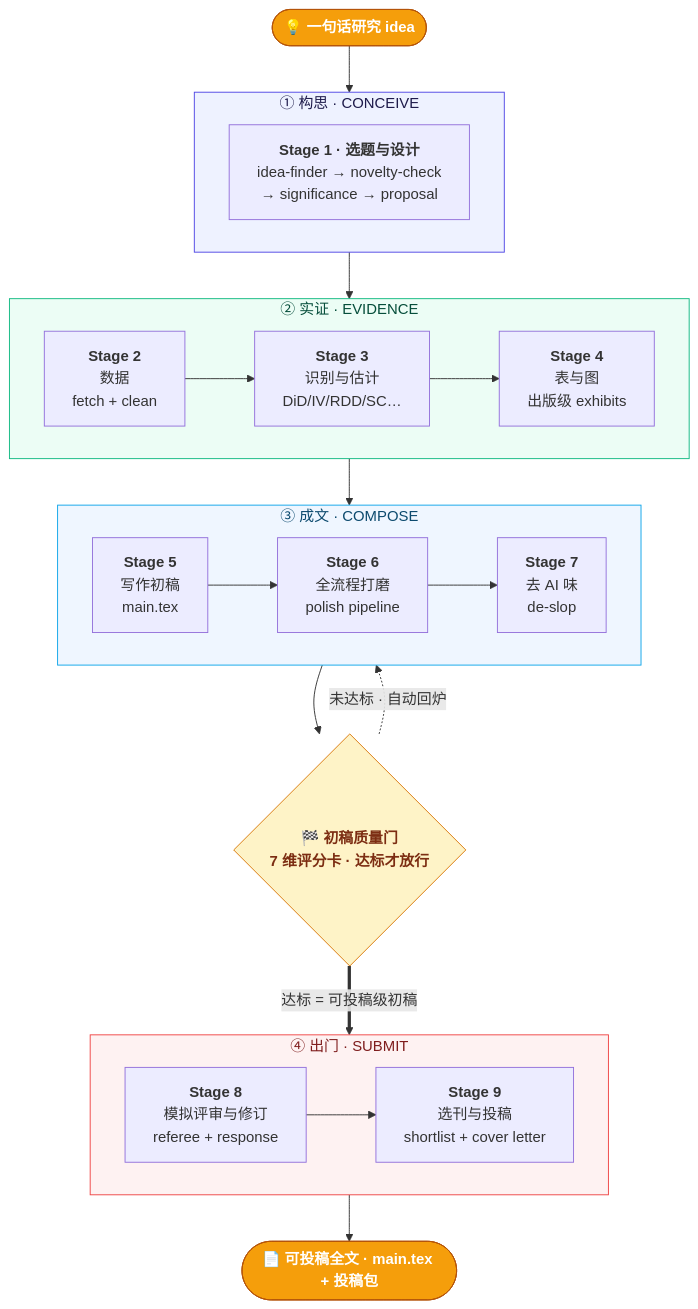
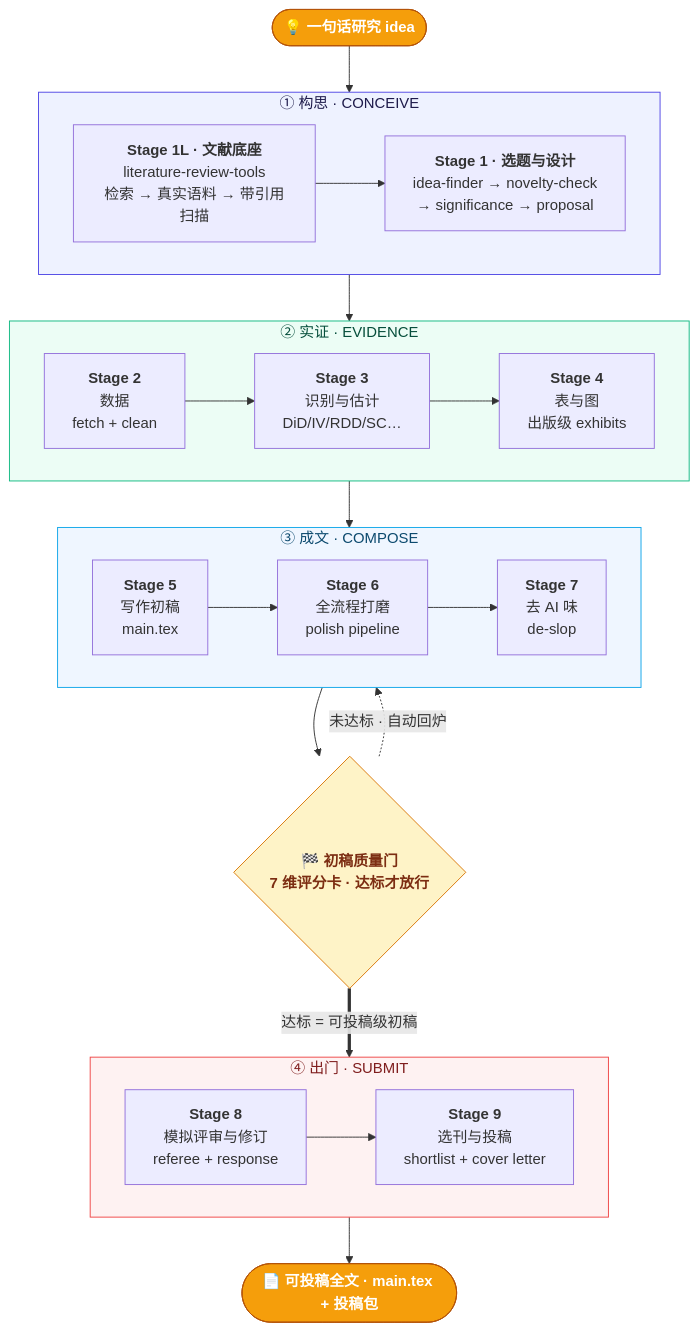
Before and after one commit to brycewang-stanford/Paper-WorkFlow: the diagram in README.md, drawn with Mermaid. The commit also changed other lines of this file and 9 other files, not shown here.

````diff
--- a/README.md
+++ b/README.md
@@ -33,39 +33,39 @@
 ```mermaid
 flowchart TD
     IDEA(["💡 一句话研究 idea"]):::io
     IDEA --> A
 
     subgraph A ["① 构思 · CONCEIVE"]
       direction LR
-      S1["<b>Stage 1 · 选题与设计</b><br/>idea-finder → novelty-check<br/>→ significance → proposal"]
+      S1L["<b>Stage 1L · 文献底座</b><br/>literature-review-tools<br/>检索 → 真实语料 → 带引用扫描"] --> S1["<b>Stage 1 · 选题与设计</b><br/>idea-finder → novelty-check<br/>→ significance → proposal"]
     end
 
     subgraph B ["② 实证 · EVIDENCE"]
       direction LR
       S2["<b>Stage 2</b><br/>数据<br/>fetch + clean"] --> S3["<b>Stage 3</b><br/>识别与估计<br/>DiD/IV/RDD/SC…"] --> S4["<b>Stage 4</b><br/>表与图<br/>出版级 exhibits"]
     end
 
     subgraph C ["③ 成文 · COMPOSE"]
       direction LR
       S5["<b>Stage 5</b><br/>写作初稿<br/>main.tex"] --> S6["<b>Stage 6</b><br/>全流程打磨<br/>polish pipeline"] --> S7["<b>Stage 7</b><br/>去 AI 味<br/>de-slop"]
     end
 
     subgraph D ["④ 出门 · SUBMIT"]
       direction LR
       S8["<b>Stage 8</b><br/>模拟评审与修订<br/>referee + response"] --> S9["<b>Stage 9</b><br/>选刊与投稿<br/>shortlist + cover letter"]
     end
 
     A --> B --> C
     C --> QG{"🏁 初稿质量门<br/>7 维评分卡 · 达标才放行"}
     QG -.->|未达标 · 自动回炉| C
     QG ==>|达标 = 可投稿级初稿| D
     D --> PAPER(["📄 可投稿全文 · main.tex + 投稿包"]):::io
 
     classDef io fill:#F59E0B,stroke:#B45309,color:#fff,font-weight:bold;
     classDef gate fill:#FEF3C7,stroke:#D97706,color:#7C2D12,font-weight:bold;
     class QG gate;
     style A fill:#EEF2FF,stroke:#4F46E5,color:#1E1B4B
     style B fill:#ECFDF5,stroke:#10B981,color:#064E3B
     style C fill:#EFF6FF,stroke:#0EA5E9,color:#0C4A6E
     style D fill:#FEF2F2,stroke:#EF4444,color:#7F1D1D
 ```
````
